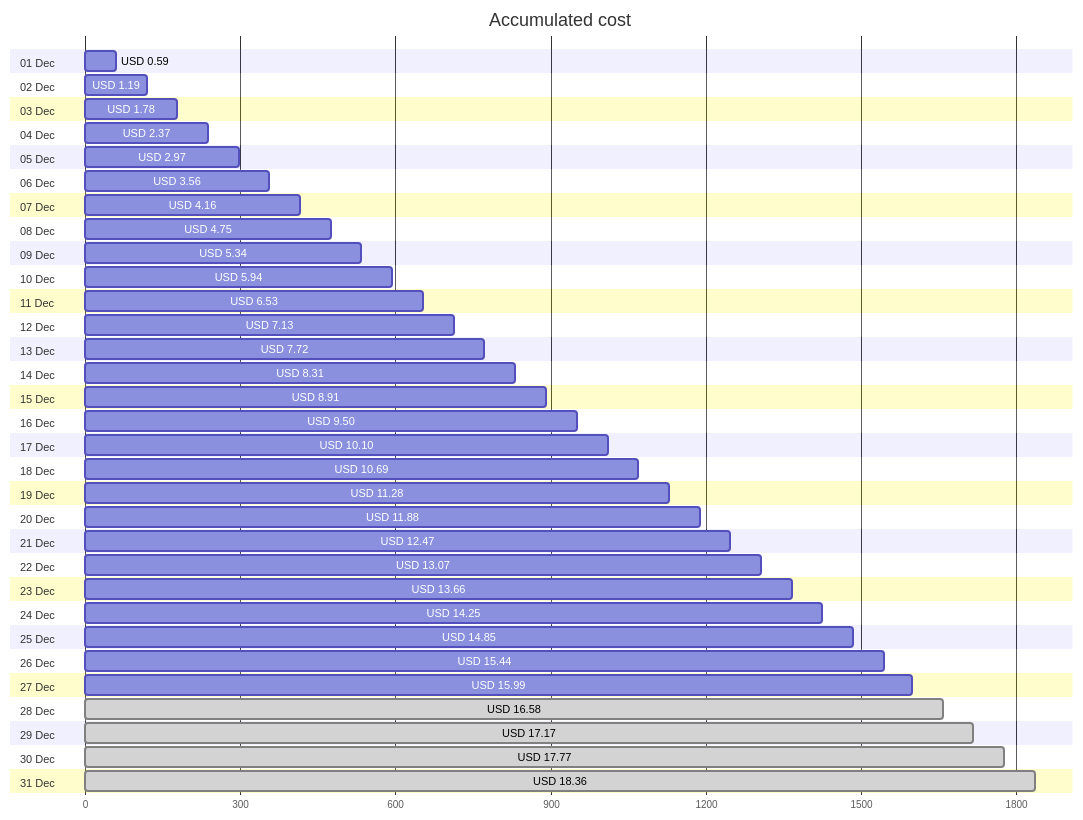
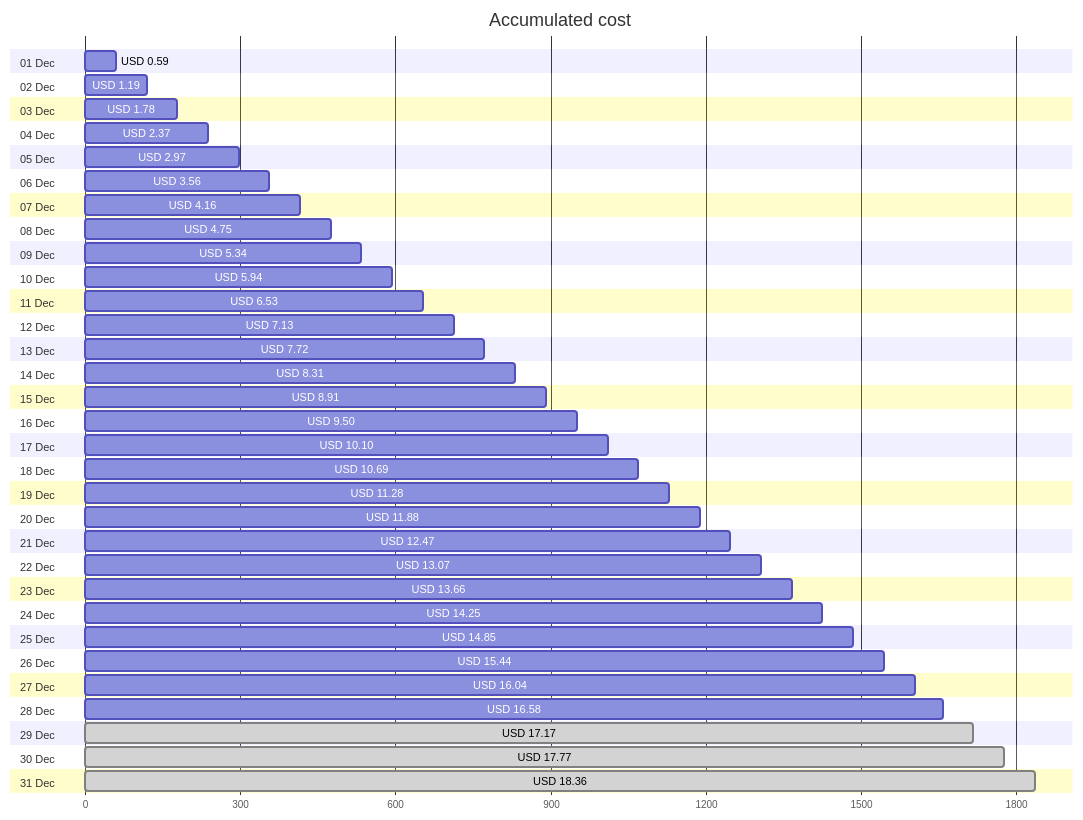
The first of 4 diagrams in cost-reports/personal-site/README.md (jpfulton/azure-personal-reports), drawn with Mermaid before and after one commit. The commit also changed other lines of this file and 6 other files, not shown here.

````diff
--- a/cost-reports/personal-site/README.md
+++ b/cost-reports/personal-site/README.md
@@ -20,68 +20,68 @@
 ```mermaid
 gantt
    title Accumulated cost
    dateFormat  X
    axisFormat %s
    section 01 Dec
    USD 0.59 :0, 59
    section 02 Dec
    USD 1.19 :0, 119
    section 03 Dec
    USD 1.78 :0, 178
    section 04 Dec
    USD 2.37 :0, 237
    section 05 Dec
    USD 2.97 :0, 297
    section 06 Dec
    USD 3.56 :0, 356
    section 07 Dec
    USD 4.16 :0, 416
    section 08 Dec
    USD 4.75 :0, 475
    section 09 Dec
    USD 5.34 :0, 534
    section 10 Dec
    USD 5.94 :0, 594
    section 11 Dec
    USD 6.53 :0, 653
    section 12 Dec
    USD 7.13 :0, 713
    section 13 Dec
    USD 7.72 :0, 772
    section 14 Dec
    USD 8.31 :0, 831
    section 15 Dec
    USD 8.91 :0, 891
    section 16 Dec
    USD 9.50 :0, 950
    section 17 Dec
    USD 10.10 :0, 1010
    section 18 Dec
    USD 10.69 :0, 1069
    section 19 Dec
    USD 11.28 :0, 1128
    section 20 Dec
    USD 11.88 :0, 1188
    section 21 Dec
    USD 12.47 :0, 1247
    section 22 Dec
    USD 13.07 :0, 1307
    section 23 Dec
    USD 13.66 :0, 1366
    section 24 Dec
    USD 14.25 :0, 1425
    section 25 Dec
    USD 14.85 :0, 1485
    section 26 Dec
    USD 15.44 :0, 1544
    section 27 Dec
-   USD 15.99 :0, 1599
+   USD 16.04 :0, 1604
    section 28 Dec
-   USD 16.58 : done, 0, 1658
+   USD 16.58 :0, 1658
    section 29 Dec
    USD 17.17 : done, 0, 1717
    section 30 Dec
    USD 17.77 : done, 0, 1777
    section 31 Dec
    USD 18.36 : done, 0, 1836
 ```
````
